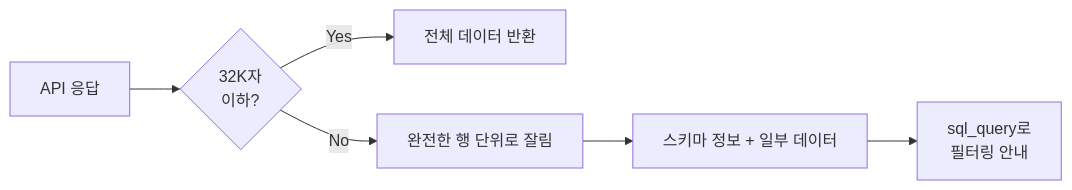
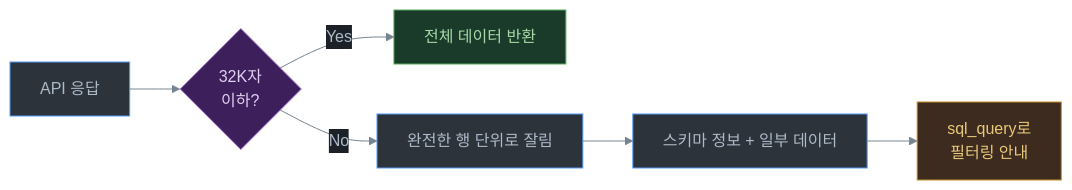
Before and after one commit to yeochul-jeon/api-ai-agent: the third of 3 diagrams in docs/03-아키텍처.md, drawn with Mermaid. The commit also changed other lines of this file and 4 other files, not shown here.

First line of the commit message:
style: Mermaid 다이어그램 다크테마 스타일링 적용

````diff
--- a/docs/03-아키텍처.md
+++ b/docs/03-아키텍처.md
@@ -308,8 +310,13 @@
 ```mermaid
+%%{init: {'theme': 'base', 'themeVariables': {'primaryColor': '#2d333b', 'primaryTextColor': '#adbac7', 'primaryBorderColor': '#539bf5', 'secondaryColor': '#1c2128', 'secondaryTextColor': '#adbac7', 'secondaryBorderColor': '#444c56', 'tertiaryColor': '#1c2128', 'tertiaryTextColor': '#adbac7', 'tertiaryBorderColor': '#444c56', 'lineColor': '#768390', 'textColor': '#adbac7', 'mainBkg': '#2d333b', 'nodeBorder': '#539bf5', 'clusterBkg': '#1c2128', 'clusterBorder': '#444c56', 'titleColor': '#adbac7', 'edgeLabelBackground': '#1c2128'}}}%%
 graph LR
-    A[API 응답] --> B{32K자<br/>이하?}
-    B -->|Yes| C[전체 데이터 반환]
+    A[API 응답] --> B{32K자<br/>이하?}:::decision
+    B -->|Yes| C[전체 데이터 반환]:::success
     B -->|No| D[완전한 행 단위로 잘림]
     D --> E[스키마 정보 + 일부 데이터]
-    E --> F["sql_query로<br/>필터링 안내"]
+    E --> F["sql_query로<br/>필터링 안내"]:::warning
+
+    classDef decision fill:#3d1f5c,stroke:#b083e0,color:#e0d0f0
+    classDef success fill:#1a3a2a,stroke:#57ab5a,color:#a8d8a8
+    classDef warning fill:#3d2b1f,stroke:#c69026,color:#e8c87a
 ```
````
